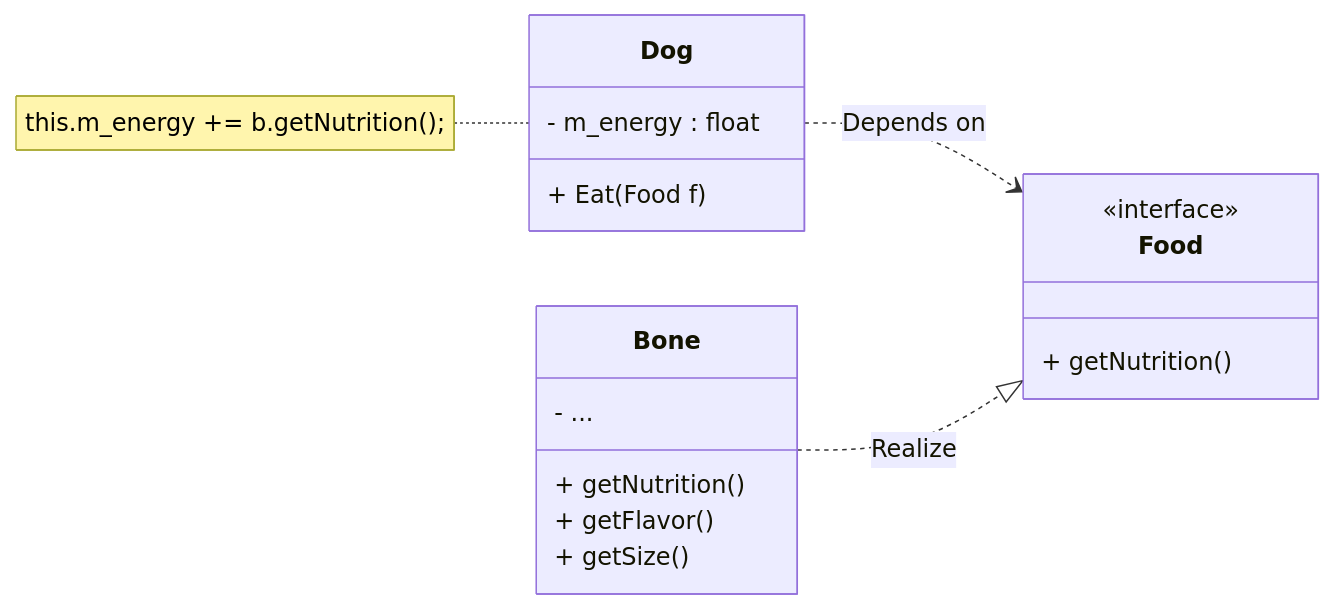
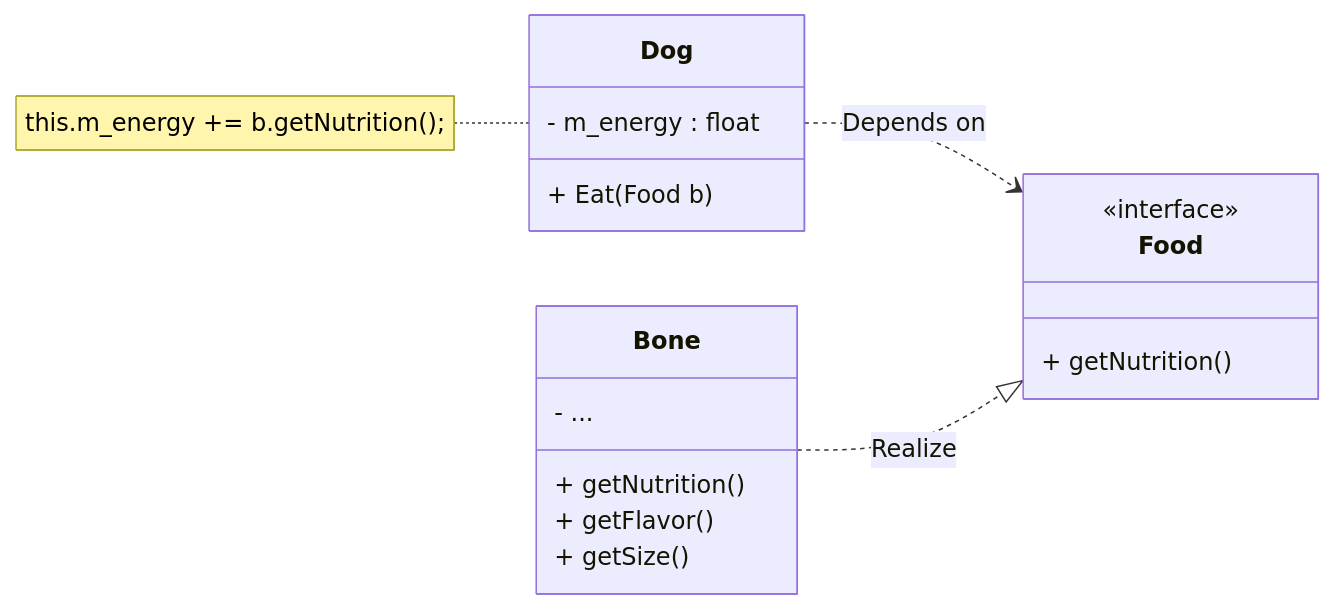
The fourth of 10 diagrams in docs/3_C++/Design_Pattern/basic.md (yuantianle/yuantianle.github.io), drawn with Mermaid before and after one commit. The commit also changed other lines of this file and 15 other files, not shown here.

````diff
--- a/docs/3_C++/Design_Pattern/basic.md
+++ b/docs/3_C++/Design_Pattern/basic.md
@@ -161,21 +161,21 @@
             ``` mermaid
             classDiagram
                 direction LR
                 Dog ..> Food : Depends on
                 Bone ..|> Food : Realize
                 note for Dog "this.m_energy += b.getNutrition();"
                 class Dog{
                     - m_energy : float
-                    + Eat(Food f)
+                    + Eat(Food b)
                 }
                 class Food{
                     <<interface>>
                     + getNutrition()
                 }
                 class Bone{
                     - ...
                     + getNutrition()
                     + getFlavor()
                     + getSize()
                 }
             ```
````
